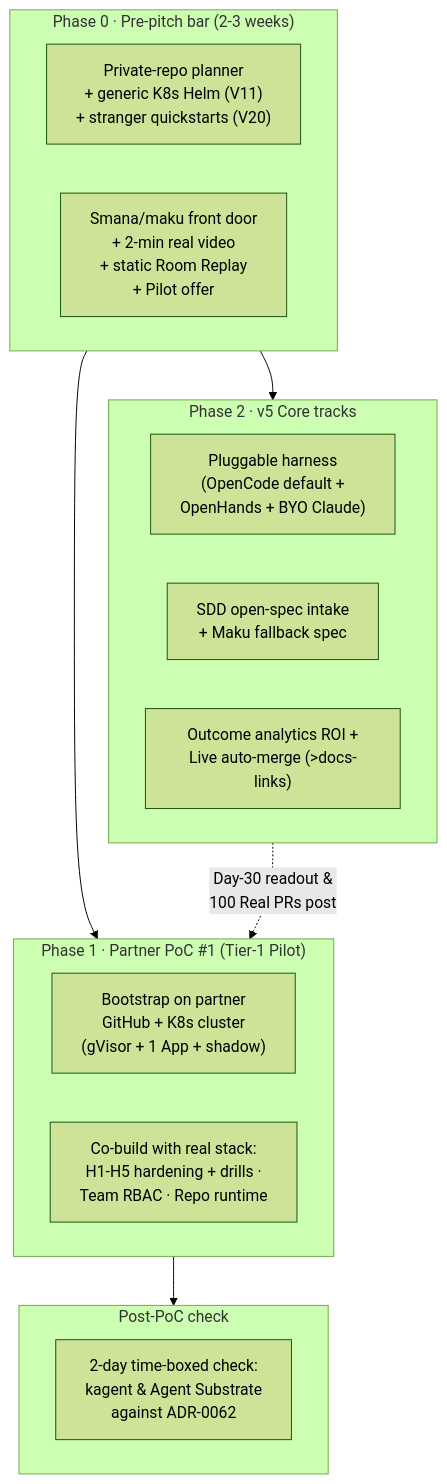
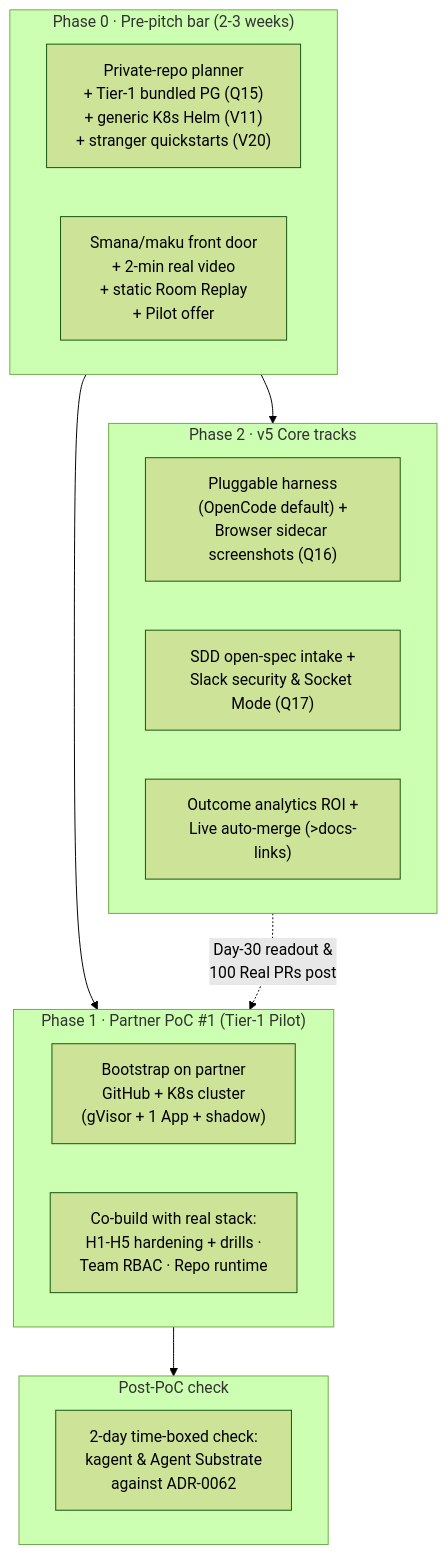
Before and after one commit to Smana/ai-native-ref: the diagram in docs/superpowers/specs/2026-11-22-v5-roadmap-design.md, drawn with Mermaid (forest theme). The commit also changed other lines of this file and 4 other files, not shown here.

Commit message:
docs(v5): add database, screenshots, and Slack security specs and update roadmap

````diff
--- a/docs/superpowers/specs/2026-11-22-v5-roadmap-design.md
+++ b/docs/superpowers/specs/2026-11-22-v5-roadmap-design.md
@@ -101,26 +115,26 @@
 ```mermaid
 flowchart TB
   subgraph p0["Phase 0 · Pre-pitch bar (2-3 weeks)"]
     direction LR
-    t1["Private-repo planner<br/>+ generic K8s Helm (V11)<br/>+ stranger quickstarts (V20)"]
+    t1["Private-repo planner<br/>+ Tier-1 bundled PG (Q15)<br/>+ generic K8s Helm (V11)<br/>+ stranger quickstarts (V20)"]
     t2["Smana/maku front door<br/>+ 2-min real video<br/>+ static Room Replay<br/>+ Pilot offer"]
   end
   subgraph p1["Phase 1 · Partner PoC #1 (Tier-1 Pilot)"]
     direction LR
     c1["Bootstrap on partner<br/>GitHub + K8s cluster<br/>(gVisor + 1 App + shadow)"]
     c2["Co-build with real stack:<br/>H1-H5 hardening + drills ·<br/>Team RBAC · Repo runtime"]
   end
   subgraph p2["Phase 2 · v5 Core tracks"]
     direction LR
-    v1["Pluggable harness<br/>(OpenCode default +<br/>OpenHands + BYO Claude)"]
-    v2["SDD open-spec intake<br/>+ Maku fallback spec"]
+    v1["Pluggable harness<br/>(OpenCode default) +<br/>Browser sidecar screenshots (Q16)"]
+    v2["SDD open-spec intake +<br/>Slack security & Socket Mode (Q17)"]
     v3["Outcome analytics ROI +<br/>Live auto-merge (>docs-links)"]
   end
   subgraph p3["Post-PoC check"]
     k1["2-day time-boxed check:<br/>kagent & Agent Substrate<br/>against ADR-0062"]
   end
   p0 --> p1
   p0 --> p2
   p1 --> p3
   v3 -. "Day-30 readout &<br/>100 Real PRs post" .-> p1
 ```
````
